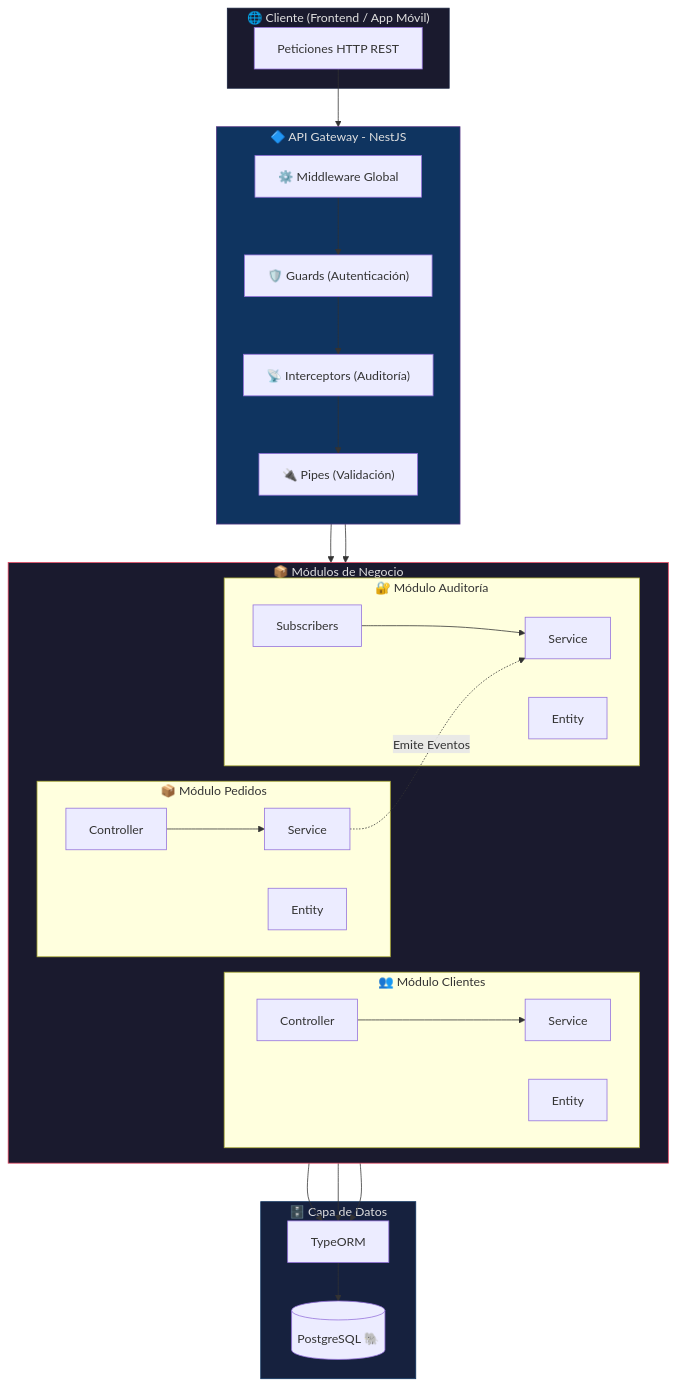
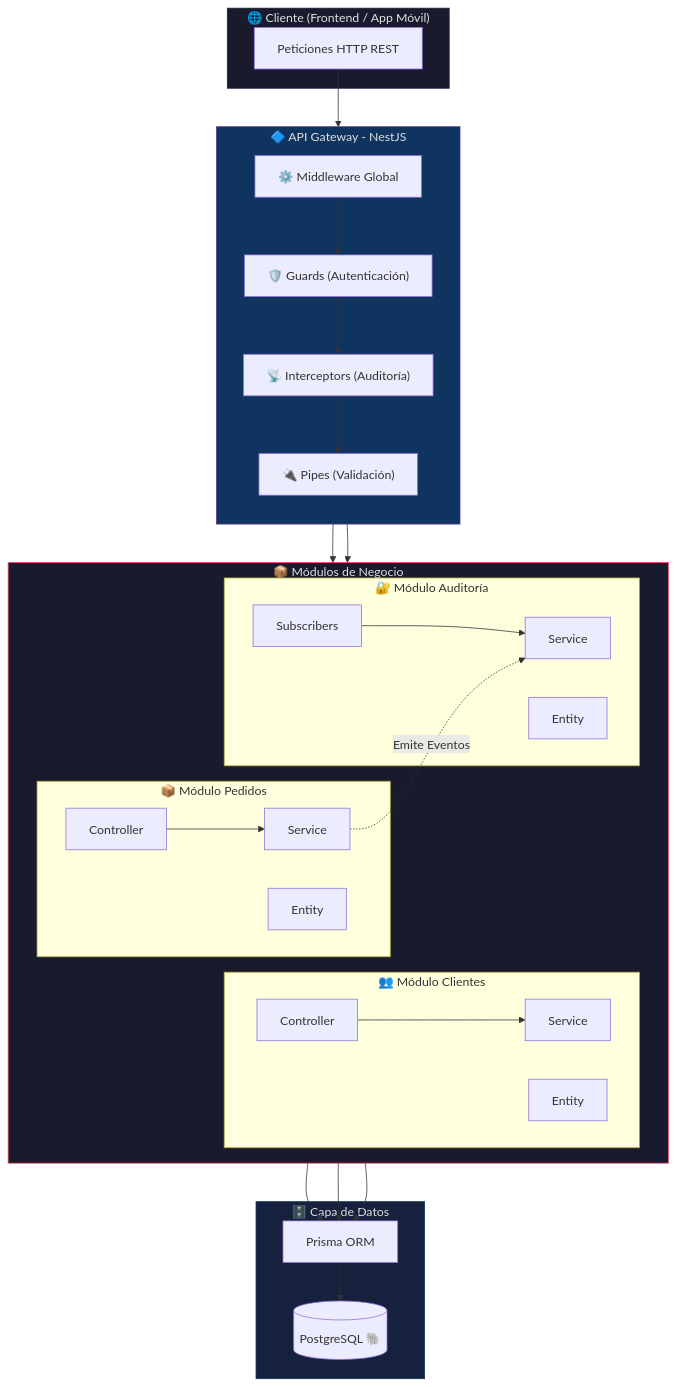
Before and after one commit to sernapereira/crm-lastere: the first of 5 diagrams in README.md, drawn with Mermaid. The commit also changed other lines of this file and 13 other files, not shown here.

Commit message:
feat: initialize NestJS project modules and migrate ORM from TypeORM to Prisma

````diff
--- a/README.md
+++ b/README.md
@@ -101,61 +101,61 @@
 ```mermaid
 graph TB
     subgraph Cliente["🌐 Cliente (Frontend / App Móvil)"]
         HTTP["Peticiones HTTP REST"]
     end
 
     subgraph API["🔷 API Gateway - NestJS"]
         direction TB
         MW["⚙️ Middleware Global"]
         GD["🛡️ Guards (Autenticación)"]
         INT["📡 Interceptors (Auditoría)"]
         PP["🔌 Pipes (Validación)"]
     end
 
     subgraph Modules["📦 Módulos de Negocio"]
         direction LR
         
         subgraph ModClientes["👥 Módulo Clientes"]
             CC["Controller"]
             CS["Service"]
             CE["Entity"]
         end
         
         subgraph ModPedidos["📦 Módulo Pedidos"]
             PC["Controller"]
             PS["Service"]
             PE["Entity"]
         end
 
         subgraph ModAuditoria["🔐 Módulo Auditoría"]
             AS["Service"]
             AE["Entity"]
             SUB["Subscribers"]
         end
     end
 
     subgraph Data["🗄️ Capa de Datos"]
-        ORM["TypeORM"]
+        ORM["Prisma ORM"]
         DB[("PostgreSQL 🐘")]
     end
 
     HTTP --> MW
     MW --> GD
     GD --> INT
     INT --> PP
     PP --> CC
     PP --> PC
     CC --> CS
     PC --> PS
     CS --> ORM
     PS --> ORM
     AS --> ORM
     SUB --> AS
     ORM --> DB
     PS -.->|"Emite Eventos"| AS
 
     style Cliente fill:#1a1a2e,stroke:#16213e,color:#e0e0e0
     style API fill:#0f3460,stroke:#533483,color:#e0e0e0
     style Modules fill:#1a1a2e,stroke:#e94560,color:#e0e0e0
     style Data fill:#16213e,stroke:#0f3460,color:#e0e0e0
 ```
````
